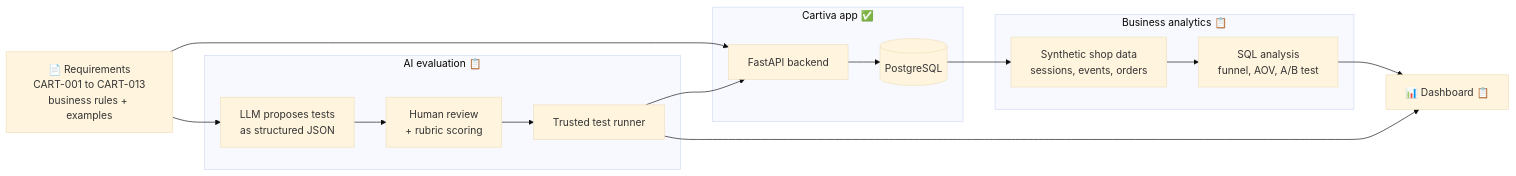
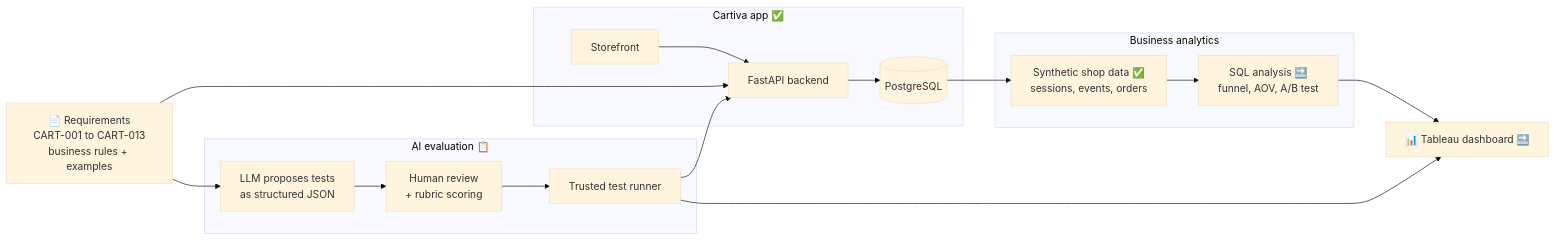
One commit to RuchaPanhale/ai-software-testing-platform changed the first of 4 diagrams in README.md. Above: the diagram before and after it, drawn with Mermaid (base theme). The commit also changed other lines of this file and 20 other files, not shown here.

````diff
--- a/README.md
+++ b/README.md
@@ -44,24 +46,24 @@
 ```mermaid
 flowchart LR
     R["📄 Requirements<br/>CART-001 to CART-013<br/>business rules + examples"]
 
     subgraph APP["Cartiva app ✅"]
-        API["FastAPI backend"] --> DB[("PostgreSQL")]
+        SHOP["Storefront"] --> API["FastAPI backend"] --> DB[("PostgreSQL")]
     end
 
-    subgraph BIZ["Business analytics 📋"]
-        GEN["Synthetic shop data<br/>sessions, events, orders"] --> SQL["SQL analysis<br/>funnel, AOV, A/B test"]
+    subgraph BIZ["Business analytics"]
+        GEN["Synthetic shop data ✅<br/>sessions, events, orders"] --> SQL["SQL analysis 🔜<br/>funnel, AOV, A/B test"]
     end
 
     subgraph EVAL["AI evaluation 📋"]
         LLM["LLM proposes tests<br/>as structured JSON"] --> HUM["Human review<br/>+ rubric scoring"]
         HUM --> RUN["Trusted test runner"]
     end
 
     R --> API
     R --> LLM
     DB --> GEN
     RUN --> API
-    SQL --> DASH["📊 Dashboard 📋"]
+    SQL --> DASH["📊 Tableau dashboard 🔜"]
     RUN --> DASH
 ```
````
